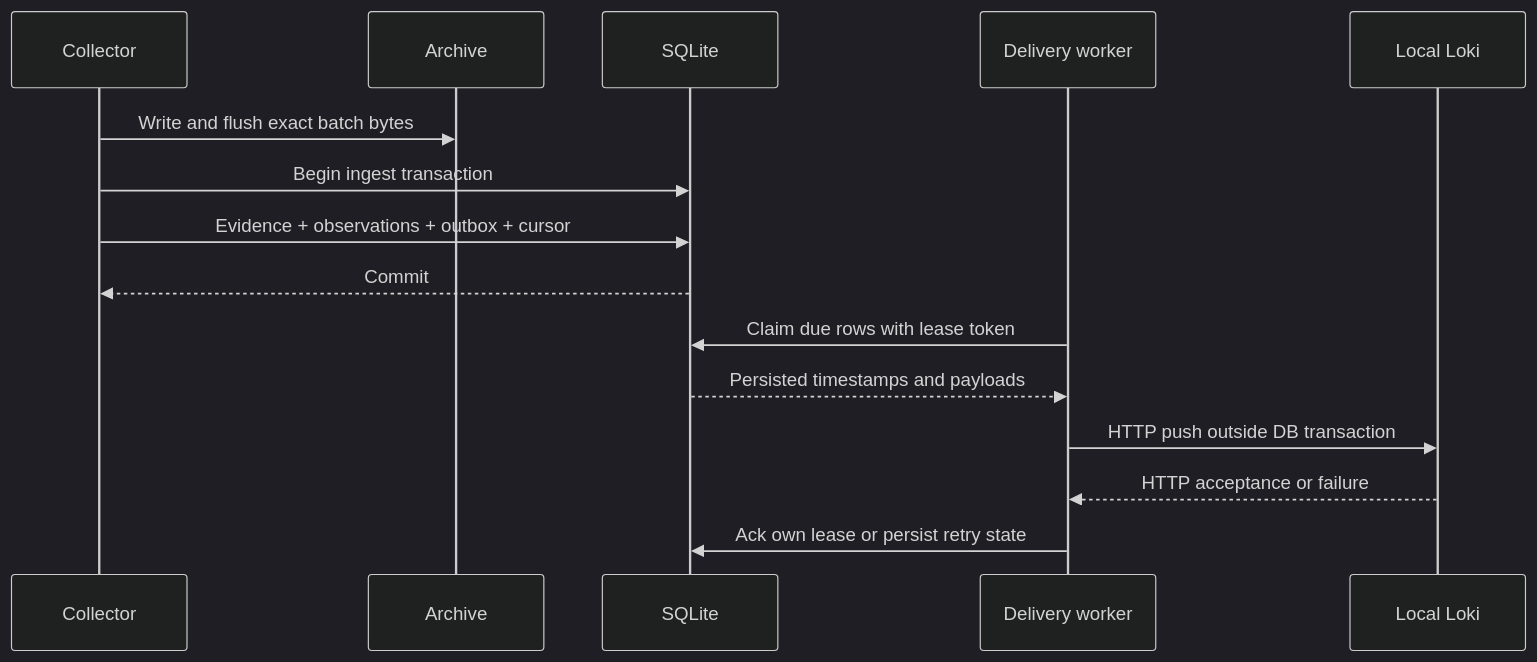
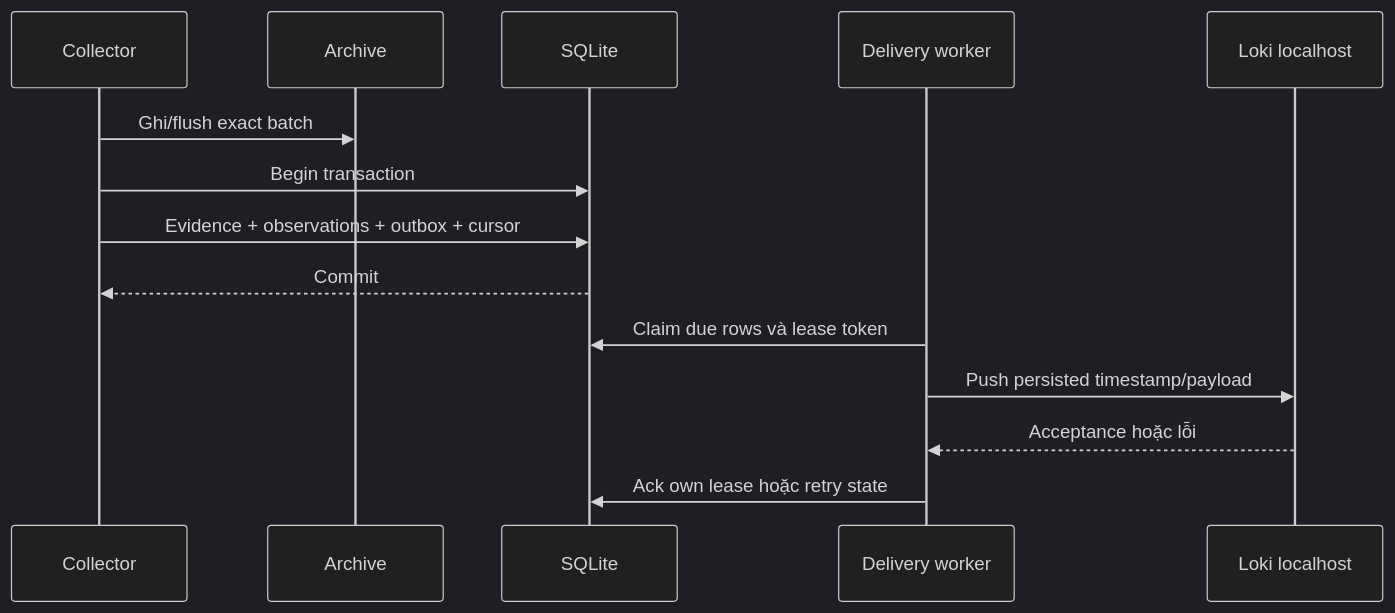
One commit to tngoc1810/soc-investigation-lab changed the diagram in docs/ARCHITECTURE.md. Above: the diagram before and after it, drawn with Mermaid (dark theme). The commit also changed other lines of this file and 36 other files, not shown here.

````diff
--- a/docs/ARCHITECTURE.md
+++ b/docs/ARCHITECTURE.md
@@ -48,17 +35,16 @@
 ```mermaid
 sequenceDiagram
     participant C as Collector
     participant A as Archive
     participant S as SQLite
     participant W as Delivery worker
-    participant L as Local Loki
-    C->>A: Write and flush exact batch bytes
-    C->>S: Begin ingest transaction
+    participant L as Loki localhost
+    C->>A: Ghi/flush exact batch
+    C->>S: Begin transaction
     C->>S: Evidence + observations + outbox + cursor
     S-->>C: Commit
-    W->>S: Claim due rows with lease token
-    S-->>W: Persisted timestamps and payloads
-    W->>L: HTTP push outside DB transaction
-    L-->>W: HTTP acceptance or failure
-    W->>S: Ack own lease or persist retry state
+    W->>S: Claim due rows và lease token
+    W->>L: Push persisted timestamp/payload
+    L-->>W: Acceptance hoặc lỗi
+    W->>S: Ack own lease hoặc retry state
 ```
````
